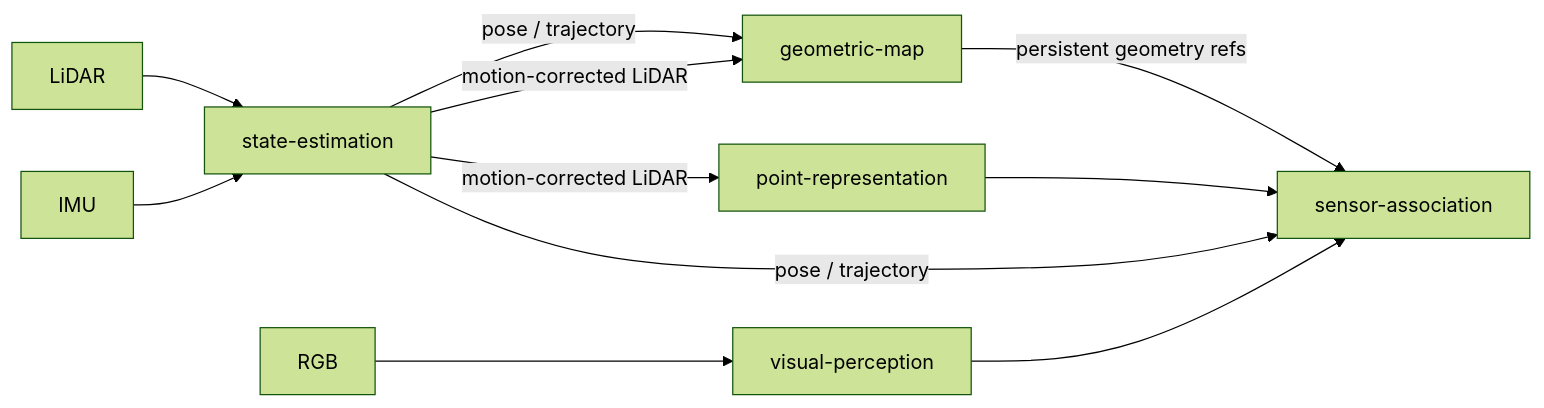
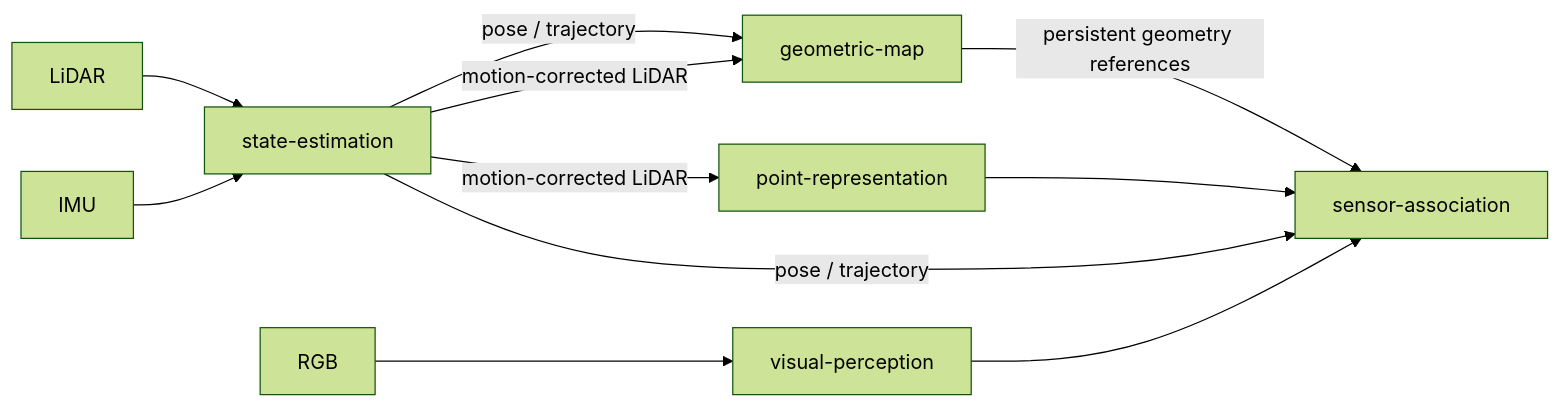
The second of 2 diagrams in docs/architecture.md (Alexandre-Tortoza/contextual-3d-mapping), drawn with Mermaid (forest theme) before and after one commit. The commit also changed other lines of this file, not shown here.

Commit message:
docs: simplify repository architecture and clarify module ownership

````diff
--- a/docs/architecture.md
+++ b/docs/architecture.md
@@ -70,16 +135,16 @@
 ```mermaid
 flowchart LR
     L[LiDAR] --> SE[state-estimation]
     I[IMU] --> SE
 
     SE -->|pose / trajectory| GM[geometric-map]
     SE -->|motion-corrected LiDAR| GM
 
     SE -->|motion-corrected LiDAR| PR[point-representation]
     SE -->|pose / trajectory| SA[sensor-association]
-    GM -->|persistent geometry refs| SA
+    GM -->|persistent geometry references| SA
 
     RGB[RGB] --> VP[visual-perception]
     VP --> SA
     PR --> SA
 ```
````
